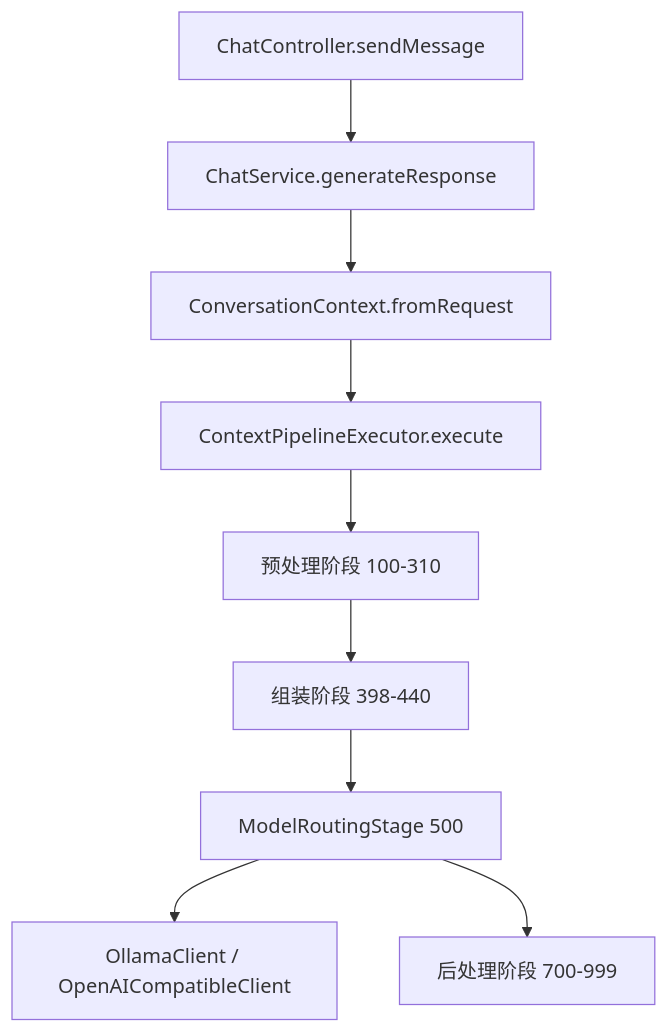
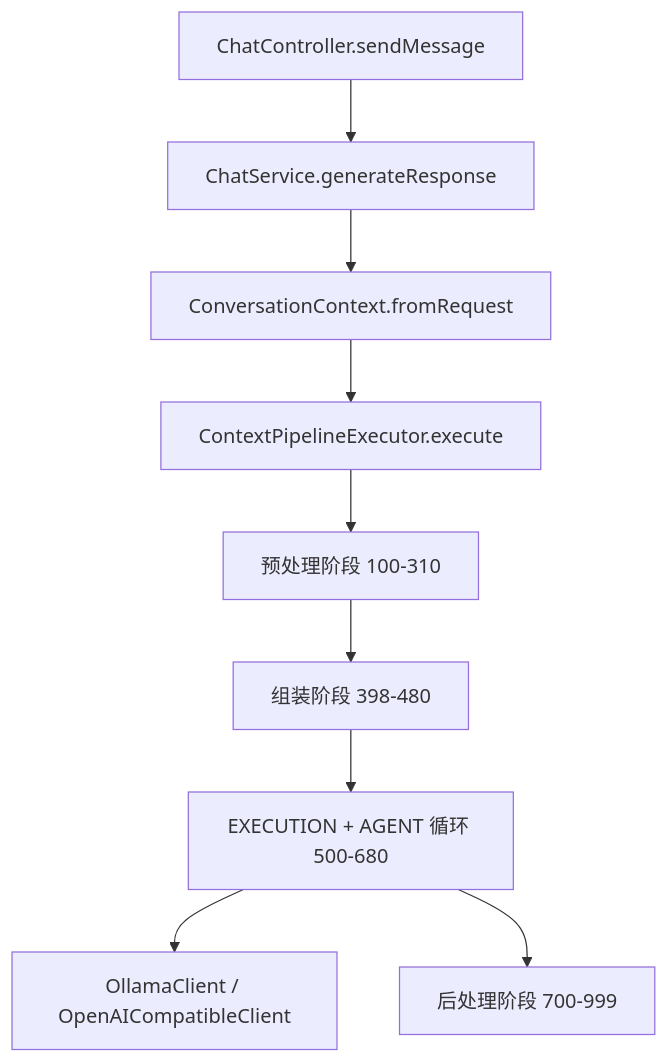
One commit to SunKyle/KChat changed the first of 5 diagrams in backend/docs/backend-codebase-map.md. Above: the diagram before and after it, drawn with Mermaid. The commit also changed other lines of this file and 17 other files, not shown here.

````diff
--- a/backend/docs/backend-codebase-map.md
+++ b/backend/docs/backend-codebase-map.md
@@ -52,11 +53,11 @@
 ```mermaid
 flowchart TD
   A[ChatController.sendMessage] --> B[ChatService.generateResponse]
   B --> C[ConversationContext.fromRequest]
   C --> D[ContextPipelineExecutor.execute]
   D --> E[预处理阶段 100-310]
-  E --> F[组装阶段 398-440]
-  F --> G[ModelRoutingStage 500]
+  E --> F[组装阶段 398-480]
+  F --> G[EXECUTION + AGENT 循环 500-680]
   G --> H[OllamaClient / OpenAICompatibleClient]
   G --> I[后处理阶段 700-999]
 ```
````
